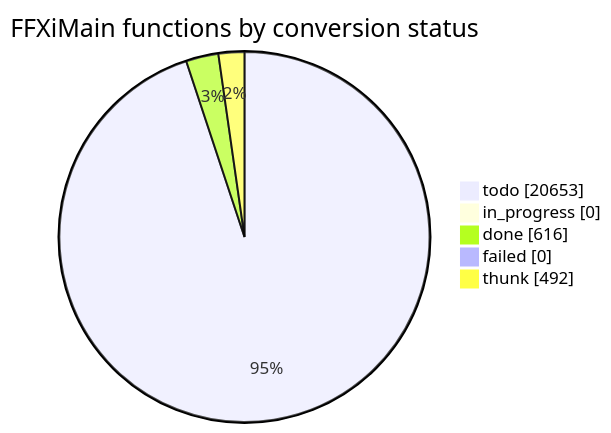
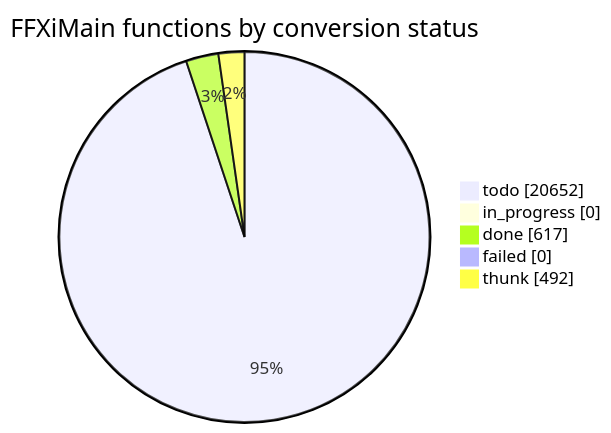
Before and after one commit to cowrevenge/cow_kuluu_xi_anything: the diagram in docs/cow/STATUS.md, drawn with Mermaid. The commit also changed other lines of this file and 9 other files, not shown here.

````diff
--- a/docs/cow/STATUS.md
+++ b/docs/cow/STATUS.md
@@ -18,9 +18,9 @@
 ```mermaid
 pie showData
     title FFXiMain functions by conversion status
-    "todo" : 20653
+    "todo" : 20652
     "in_progress" : 0
-    "done" : 616
+    "done" : 617
     "failed" : 0
     "thunk" : 492
 ```
````
